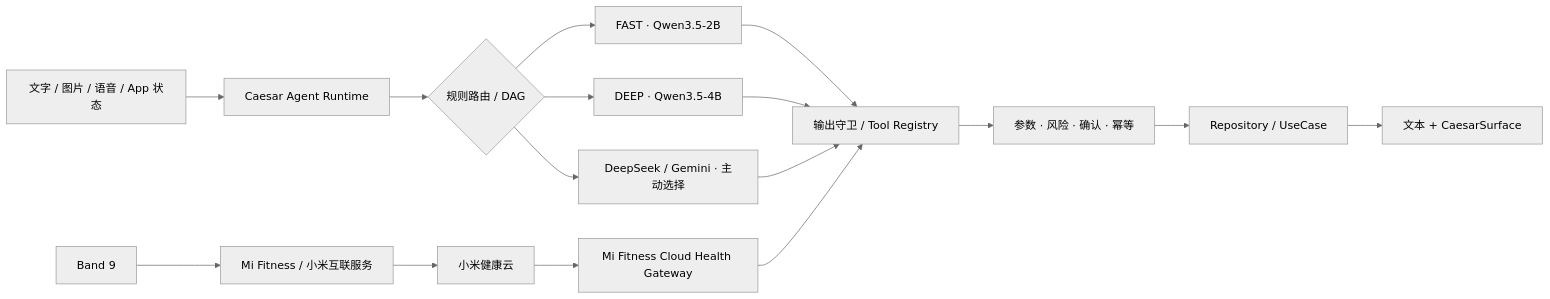
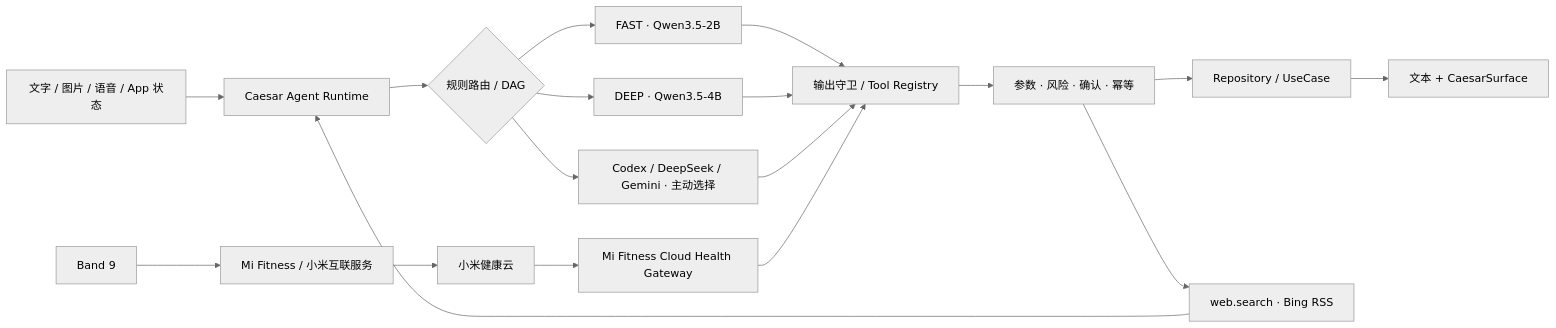
One commit to liburce0412-alt/liburce0412-alt-s-Org changed the diagram in README.md. Above: the diagram before and after it, drawn with Mermaid (neutral theme). The commit also changed other lines of this file and 32 other files, not shown here.

````diff
--- a/README.md
+++ b/README.md
@@ -64,18 +64,20 @@
 ```mermaid
 flowchart LR
     Input[文字 / 图片 / 语音 / App 状态] --> Runtime[Caesar Agent Runtime]
     Runtime --> Route{规则路由 / DAG}
     Route --> Fast[FAST · Qwen3.5-2B]
     Route --> Deep[DEEP · Qwen3.5-4B]
-    Route --> Cloud[DeepSeek / Gemini · 主动选择]
+    Route --> Cloud[Codex / DeepSeek / Gemini · 主动选择]
     Fast --> Guard[输出守卫 / Tool Registry]
     Deep --> Guard
     Cloud --> Guard
     Guard --> Policy[参数 · 风险 · 确认 · 幂等]
     Policy --> UseCase[Repository / UseCase]
+    Policy --> Search[web.search · Bing RSS]
+    Search --> Runtime
     UseCase --> UI[文本 + CaesarSurface]
     Band[Band 9] --> MiFitness[Mi Fitness / 小米互联服务]
     MiFitness --> XiaomiCloud[小米健康云]
     XiaomiCloud --> Health[Mi Fitness Cloud Health Gateway]
     Health --> Guard
 ```
````
